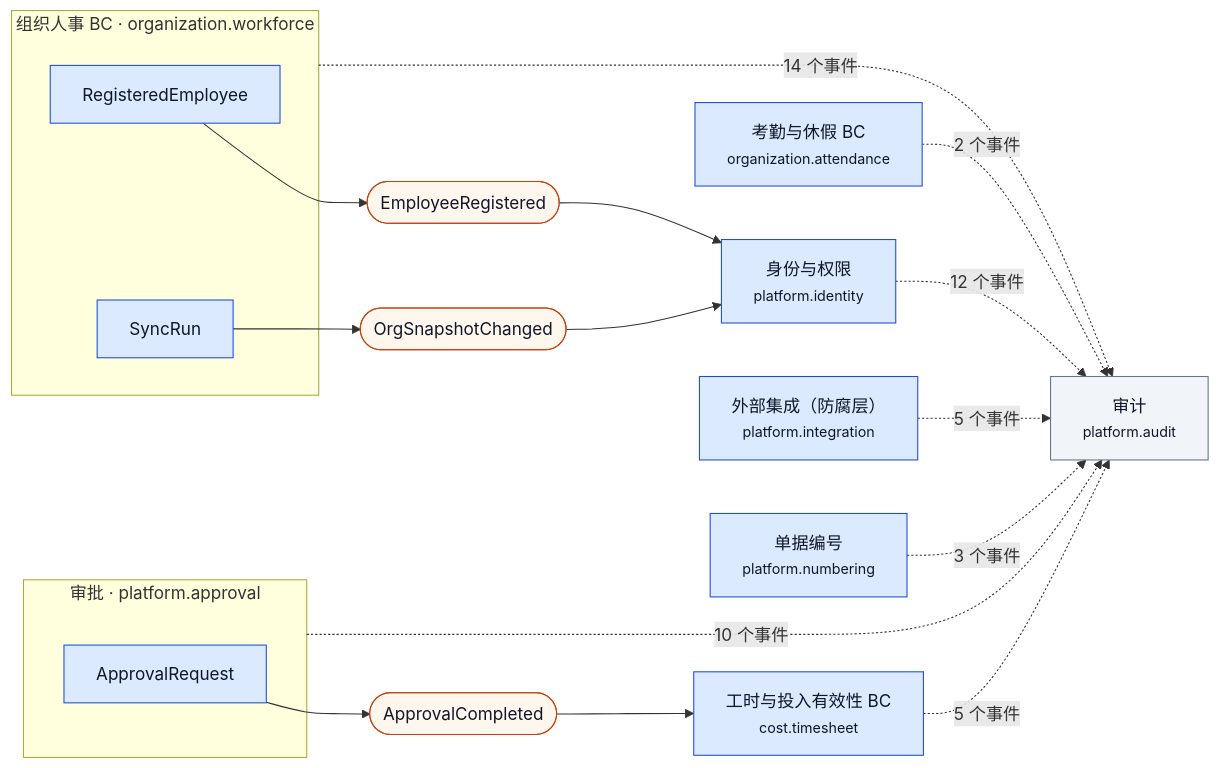
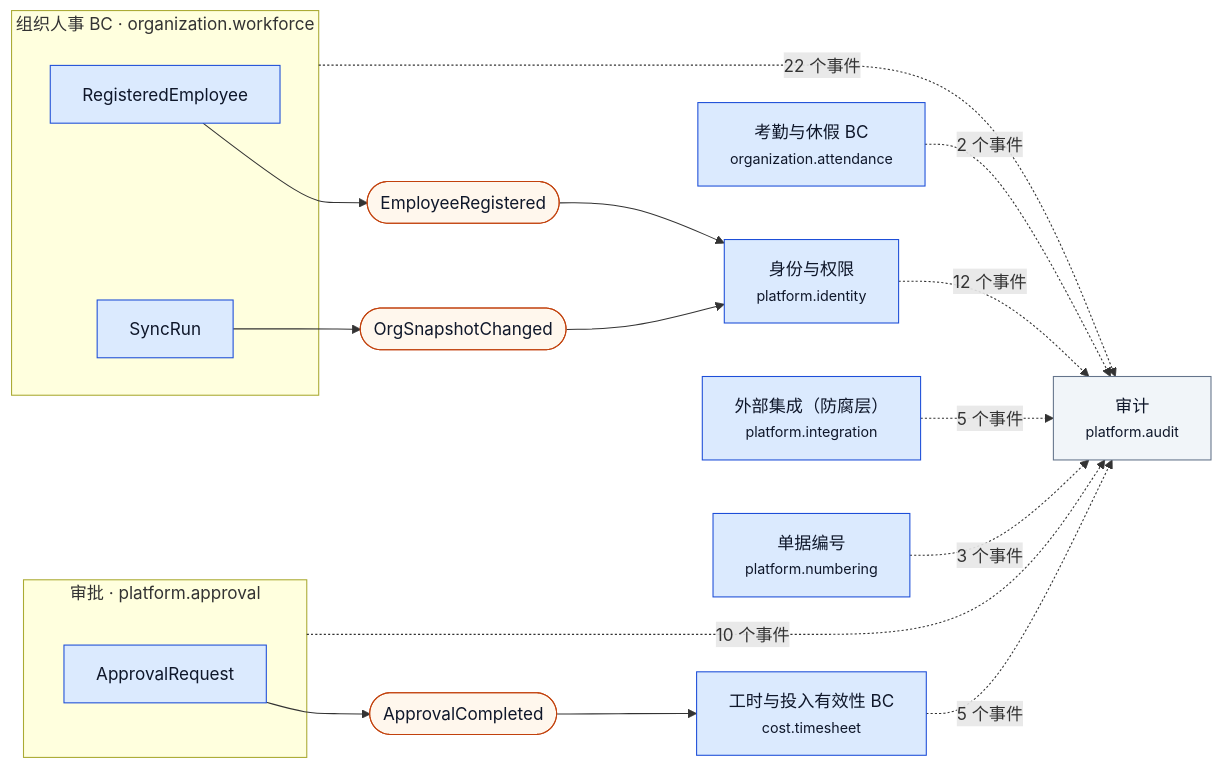
One commit to YeliangDu/forcitis-one-psa-codex-lab changed the diagram in docs/modernization/architecture/generated/3-event-chain.mmd. Above: the diagram before and after it, drawn with Mermaid. The commit also changed 3 other files, not shown here.

First line of the commit message:
chore(docs): 重新生成事件链图（workforce 新增八个人事事件后 3-event-chain 过期）

```diff
--- a/docs/modernization/architecture/generated/3-event-chain.mmd
+++ b/docs/modernization/architecture/generated/3-event-chain.mmd
@@ -1,28 +1,28 @@
 %% 生成文件，勿手改：python3 architecture/build_architecture.py（源：ssot/i03-aggregates/built.yaml、events/*.yaml）
 flowchart LR
   classDef bc fill:#dbeafe,stroke:#1d4ed8,color:#0f172a
   classDef evt fill:#fff7ed,stroke:#c2410c,color:#0f172a
   classDef audit fill:#f1f5f9,stroke:#64748b,color:#0f172a
   cost_timesheet["工时与投入有效性 BC<br/><small>cost.timesheet</small>"]:::bc
   organization_attendance["考勤与休假 BC<br/><small>organization.attendance</small>"]:::bc
   subgraph organization_workforce["组织人事 BC · organization.workforce"]
     organization_workforce__RegisteredEmployee["RegisteredEmployee"]:::bc
     organization_workforce__SyncRun["SyncRun"]:::bc
   end
   subgraph platform_approval["审批 · platform.approval"]
     platform_approval__ApprovalRequest["ApprovalRequest"]:::bc
   end
   platform_audit["审计<br/><small>platform.audit</small>"]:::audit
   platform_identity["身份与权限<br/><small>platform.identity</small>"]:::bc
   platform_integration["外部集成（防腐层）<br/><small>platform.integration</small>"]:::bc
   platform_numbering["单据编号<br/><small>platform.numbering</small>"]:::bc
   organization_workforce__RegisteredEmployee --> E_organization_workforce_EmployeeRegistered(["EmployeeRegistered"]):::evt --> platform_identity
   organization_workforce__SyncRun --> E_organization_workforce_OrgSnapshotChanged(["OrgSnapshotChanged"]):::evt --> platform_identity
   platform_approval__ApprovalRequest --> E_platform_approval_ApprovalCompleted(["ApprovalCompleted"]):::evt --> cost_timesheet
   cost_timesheet -.->|5 个事件| platform_audit
   organization_attendance -.->|2 个事件| platform_audit
-  organization_workforce -.->|14 个事件| platform_audit
+  organization_workforce -.->|22 个事件| platform_audit
   platform_approval -.->|10 个事件| platform_audit
   platform_identity -.->|12 个事件| platform_audit
   platform_integration -.->|5 个事件| platform_audit
   platform_numbering -.->|3 个事件| platform_audit
```
